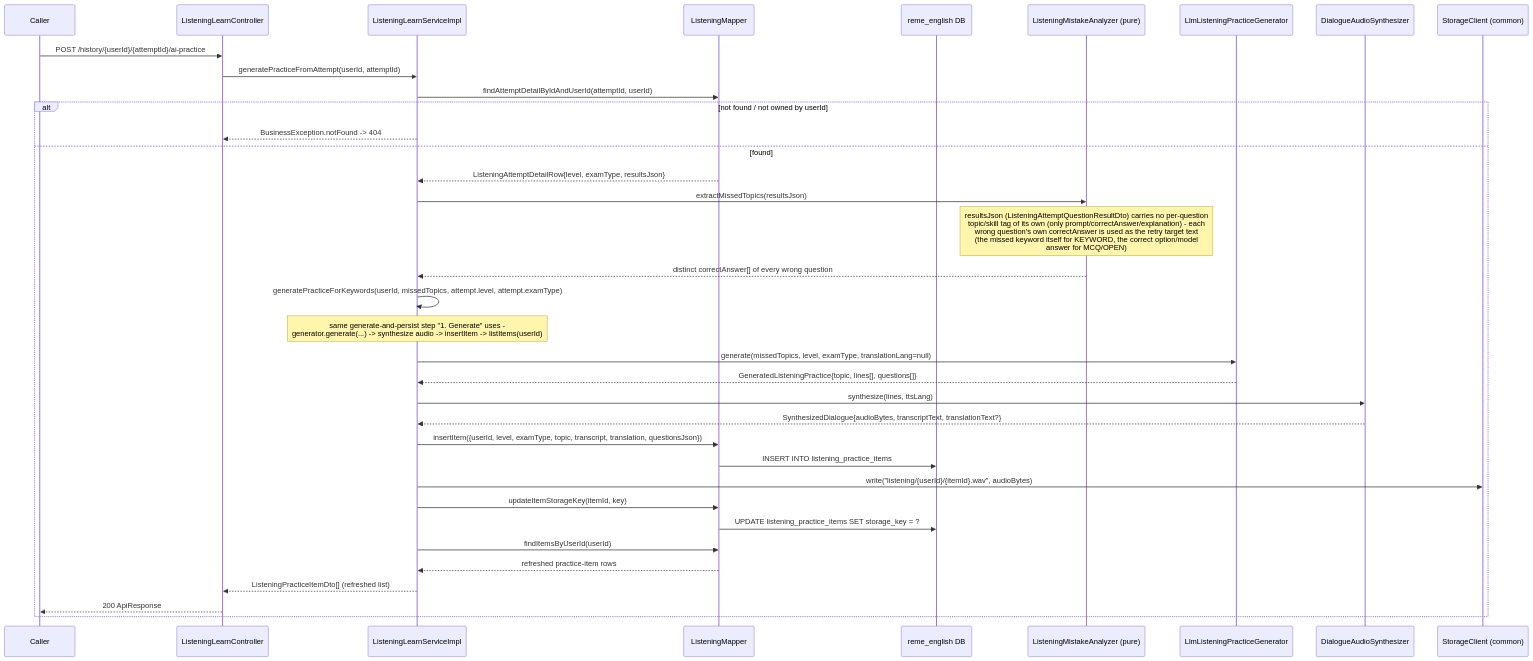
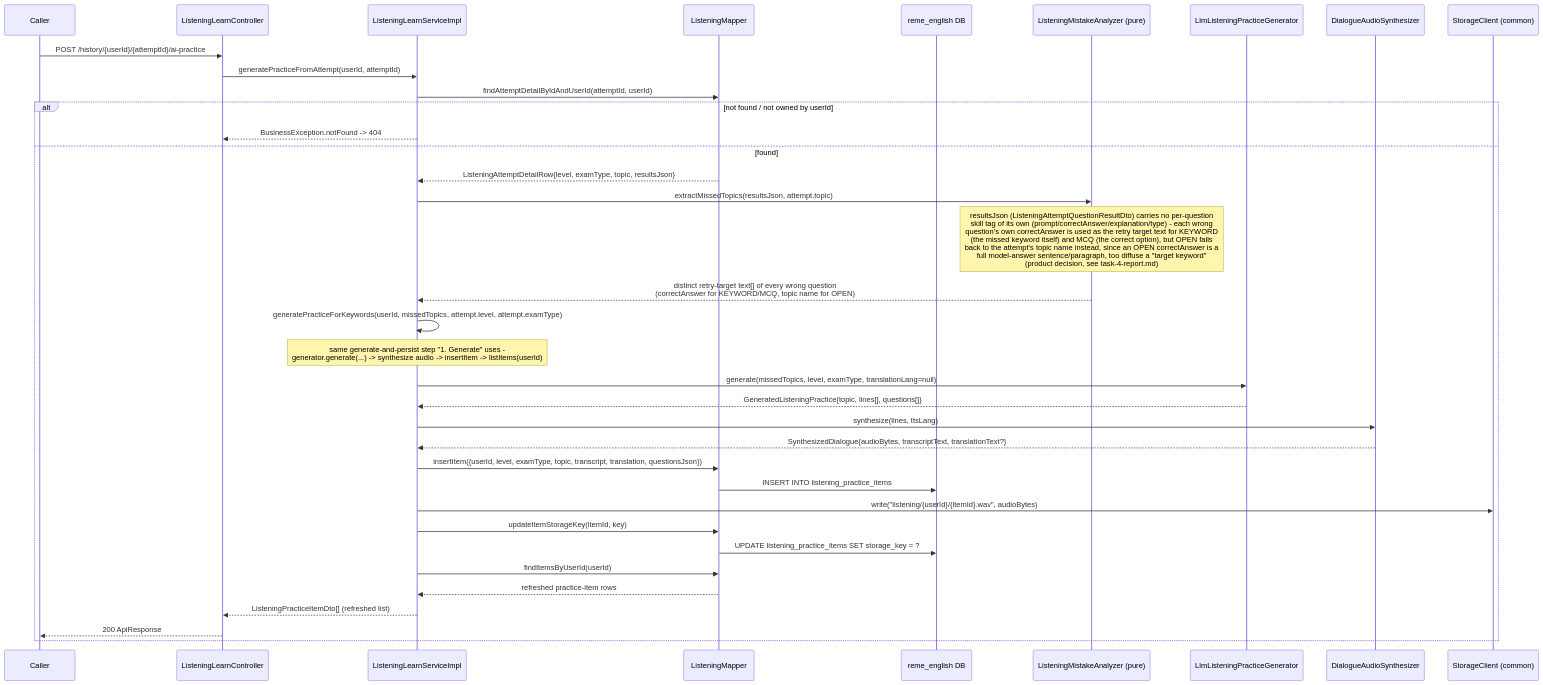
Before and after one commit to CuongNguyen13/RemeLearning: the third of 3 diagrams in docs/sequence/English_service/listening-learn.md, drawn with Mermaid. The commit also changed 8 other files, not shown here.

Commit message:
fix(english-service): fall back to topic name for OPEN-question AI-retry targets in listening

````diff
--- a/docs/sequence/English_service/listening-learn.md
+++ b/docs/sequence/English_service/listening-learn.md
@@ -126,39 +126,39 @@
 ```mermaid
 sequenceDiagram
     participant Caller
     participant Ctrl as ListeningLearnController
     participant Svc as ListeningLearnServiceImpl
     participant LMapper as ListeningMapper
     participant DB as reme_english DB
     participant Analyzer as ListeningMistakeAnalyzer (pure)
     participant Gen as LlmListeningPracticeGenerator
     participant Synth as DialogueAudioSynthesizer
     participant Store as StorageClient (common)
 
     Caller->>Ctrl: POST /history/{userId}/{attemptId}/ai-practice
     Ctrl->>Svc: generatePracticeFromAttempt(userId, attemptId)
     Svc->>LMapper: findAttemptDetailByIdAndUserId(attemptId, userId)
     alt not found / not owned by userId
         Svc-->>Ctrl: BusinessException.notFound -> 404
     else found
-        LMapper-->>Svc: ListeningAttemptDetailRow{level, examType, resultsJson}
-        Svc->>Analyzer: extractMissedTopics(resultsJson)
-        Note over Analyzer: resultsJson (ListeningAttemptQuestionResultDto) carries no per-question<br/>topic/skill tag of its own (only prompt/correctAnswer/explanation) - each<br/>wrong question's own correctAnswer is used as the retry target text<br/>(the missed keyword itself for KEYWORD, the correct option/model<br/>answer for MCQ/OPEN)
-        Analyzer-->>Svc: distinct correctAnswer[] of every wrong question
+        LMapper-->>Svc: ListeningAttemptDetailRow{level, examType, topic, resultsJson}
+        Svc->>Analyzer: extractMissedTopics(resultsJson, attempt.topic)
+        Note over Analyzer: resultsJson (ListeningAttemptQuestionResultDto) carries no per-question<br/>skill tag of its own (prompt/correctAnswer/explanation/type) - each wrong<br/>question's own correctAnswer is used as the retry target text for KEYWORD<br/>(the missed keyword itself) and MCQ (the correct option), but OPEN falls<br/>back to the attempt's topic name instead, since an OPEN correctAnswer is a<br/>full model-answer sentence/paragraph, too diffuse a "target keyword"<br/>(product decision, see task-4-report.md)
+        Analyzer-->>Svc: distinct retry-target text[] of every wrong question<br/>(correctAnswer for KEYWORD/MCQ, topic name for OPEN)
         Svc->>Svc: generatePracticeForKeywords(userId, missedTopics, attempt.level, attempt.examType)
         Note over Svc: same generate-and-persist step "1. Generate" uses -<br/>generator.generate(...) -> synthesize audio -> insertItem -> listItems(userId)
         Svc->>Gen: generate(missedTopics, level, examType, translationLang=null)
         Gen-->>Svc: GeneratedListeningPractice{topic, lines[], questions[]}
         Svc->>Synth: synthesize(lines, ttsLang)
         Synth-->>Svc: SynthesizedDialogue{audioBytes, transcriptText, translationText?}
         Svc->>LMapper: insertItem({userId, level, examType, topic, transcript, translation, questionsJson})
         LMapper->>DB: INSERT INTO listening_practice_items
         Svc->>Store: write("listening/{userId}/{itemId}.wav", audioBytes)
         Svc->>LMapper: updateItemStorageKey(itemId, key)
         LMapper->>DB: UPDATE listening_practice_items SET storage_key = ?
         Svc->>LMapper: findItemsByUserId(userId)
         LMapper-->>Svc: refreshed practice-item rows
         Svc-->>Ctrl: ListeningPracticeItemDto[] (refreshed list)
         Ctrl-->>Caller: 200 ApiResponse
     end
 ```
````
